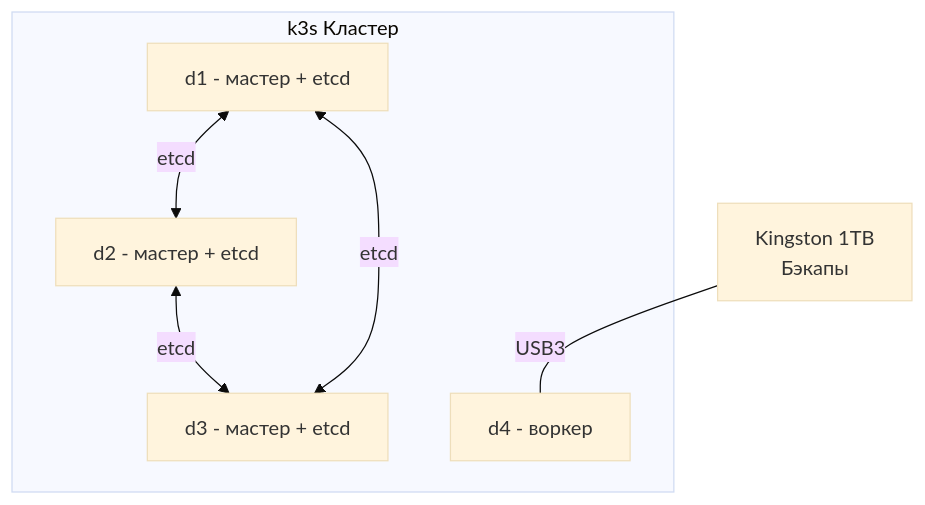
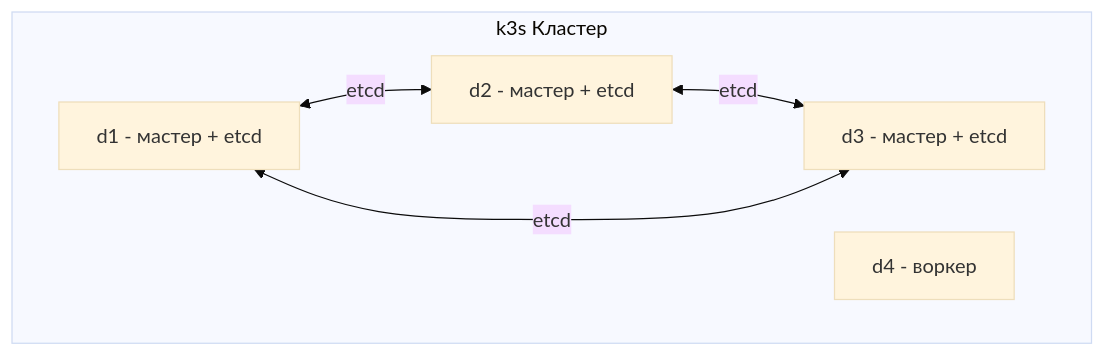
One commit to PearlFoe/homelab changed the diagram in docs/ru/v1/software.md. Above: the diagram before and after it, drawn with Mermaid (base theme). The commit also changed other lines of this file and 9 other files, not shown here.

````diff
--- a/docs/ru/v1/software.md
+++ b/docs/ru/v1/software.md
@@ -20,13 +20,12 @@
 ```mermaid
 graph TB
     subgraph k3s ["k3s Кластер"]
         D1["d1 - мастер + etcd"]
         D2["d2 - мастер + etcd"]
         D3["d3 - мастер + etcd"]
         D4["d4 - воркер"]
         D1 <-->|etcd| D2
         D2 <-->|etcd| D3
         D1 <-->|etcd| D3
     end
-    SSD["Kingston 1TB\nБэкапы"] ---|USB3| D4
 ```
````
